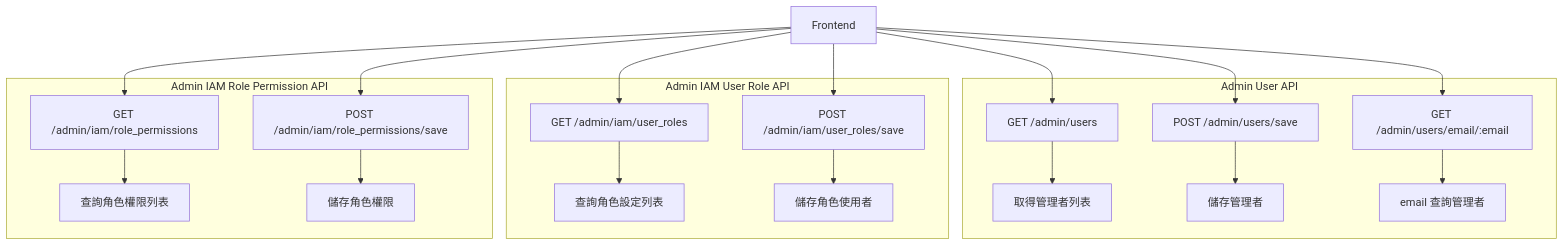
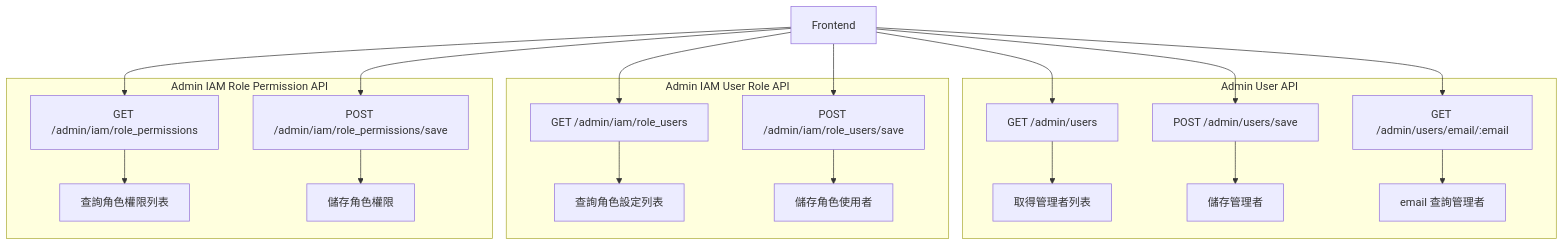
Before and after one commit to harry-tsai/notebook: the first of 2 diagrams in api/design/permission_management/README.md, drawn with Mermaid. The commit also changed other lines of this file, not shown here.

Commit message:
更新 API 文檔，將 IAM 使用者角色 API 的端點名稱從 `user_roles` 改為 `role_users`，並調整相關描述

````diff
--- a/api/design/permission_management/README.md
+++ b/api/design/permission_management/README.md
@@ -9,29 +9,29 @@
 ```mermaid
 graph TD
     A[Frontend]
     subgraph Admin User API
         BA[GET /admin/users] --> BB[取得管理者列表]
         BC[POST /admin/users/save] --> BD[儲存管理者]
         BE[GET /admin/users/email/:email] --> BF[email 查詢管理者]
     end
 
     A --> BA
     A --> BC
     A --> BE
 
     subgraph Admin IAM User Role API
-        CA[GET /admin/iam/user_roles] --> CB[查詢角色設定列表]
-        CC[POST /admin/iam/user_roles/save] --> CD[儲存角色使用者]
+        CA[GET /admin/iam/role_users] --> CB[查詢角色設定列表]
+        CC[POST /admin/iam/role_users/save] --> CD[儲存角色使用者]
     end
 
     A --> CA
     A --> CC
 
     subgraph Admin IAM Role Permission API
         DA[GET /admin/iam/role_permissions] --> DB[查詢角色權限列表]
         DC[POST /admin/iam/role_permissions/save] --> DD[儲存角色權限]
     end
 
     A --> DA
     A --> DC
 ```
````
